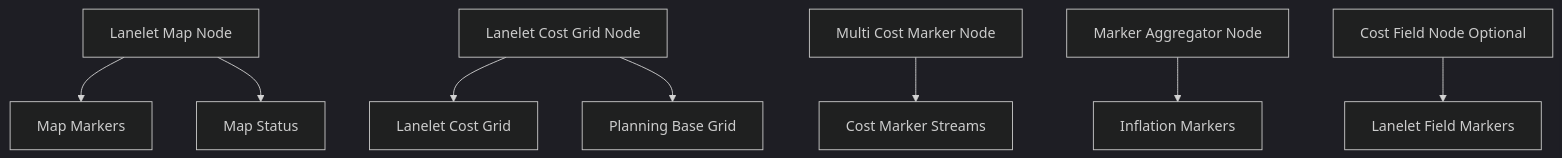
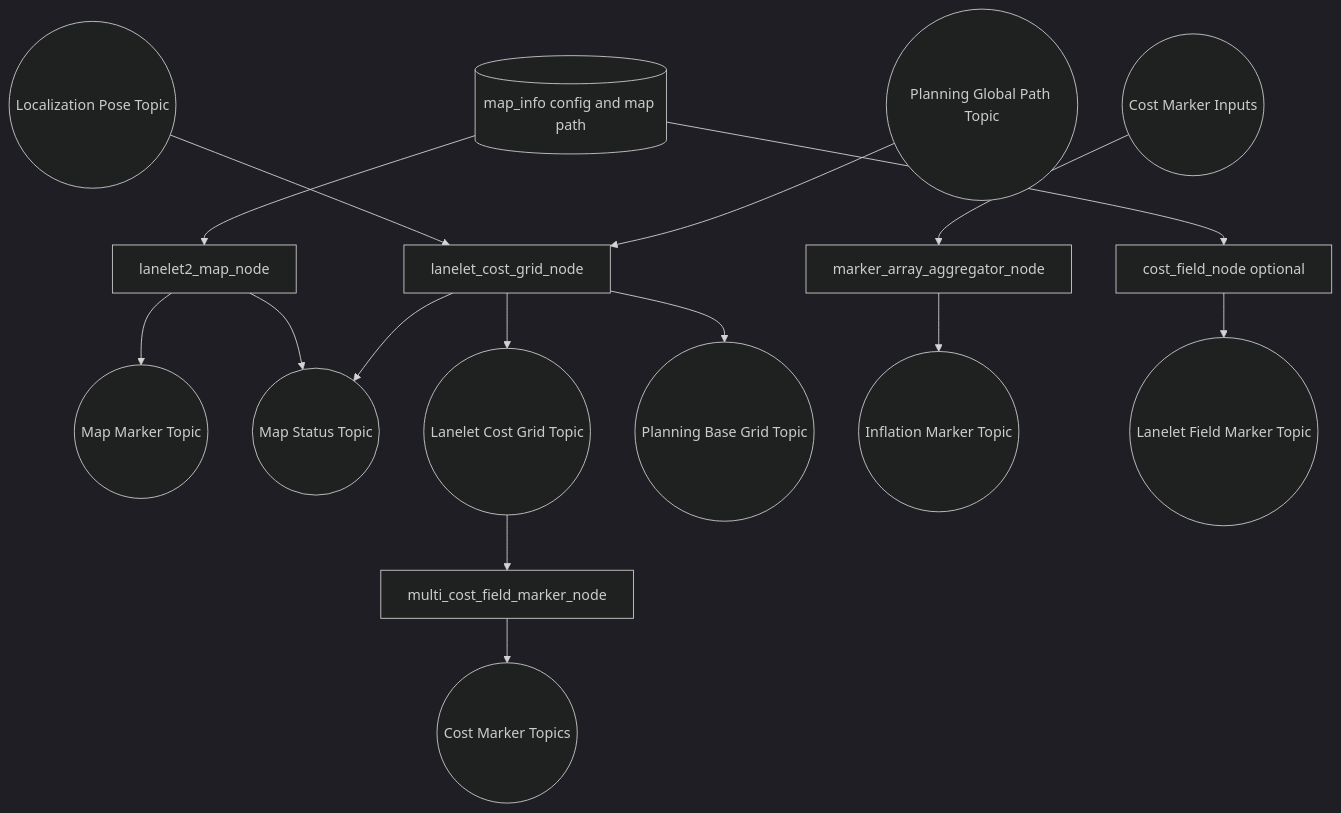
Before and after one commit to hwanhonglee/CAMROD: the first of 2 diagrams in camrod_map/README.md, drawn with Mermaid (dark theme). The commit also changed other lines of this file and 13 other files, not shown here.

Commit message:
docs(readme): clarify diagram semantics and avg_msgs interface-only role

````diff
--- a/camrod_map/README.md
+++ b/camrod_map/README.md
@@ -7,10 +7,21 @@
 ```mermaid
 graph TD
-  MAPNODE[Lanelet Map Node] --> MARKERS[Map Markers]
-  MAPNODE --> STATUS[Map Status]
-  GRID[Lanelet Cost Grid Node] --> BASEGRID[Lanelet Cost Grid]
-  GRID --> PLANBASE[Planning Base Grid]
-  MULTI[Multi Cost Marker Node] --> COSTMARK[Cost Marker Streams]
-  AGGR[Marker Aggregator Node] --> INFLATE[Inflation Markers]
-  FIELD[Cost Field Node Optional] --> FIELDMARK[Lanelet Field Markers]
+  MAPREF[(map_info config and map path)] --> MAPNODE[lanelet2_map_node]
+  MAPNODE --> MAPMARK((Map Marker Topic))
+  MAPNODE --> MAPSTAT((Map Status Topic))
+
+  LOCALPOSE((Localization Pose Topic)) --> GRID[lanelet_cost_grid_node]
+  GLOBALPATH((Planning Global Path Topic)) --> GRID
+  GRID --> BASEGRID((Lanelet Cost Grid Topic))
+  GRID --> PLANBASE((Planning Base Grid Topic))
+  GRID --> MAPSTAT
+
+  BASEGRID --> MULTI[multi_cost_field_marker_node]
+  MULTI --> COSTMARK((Cost Marker Topics))
+
+  COSTSRC((Cost Marker Inputs)) --> AGGR[marker_array_aggregator_node]
+  AGGR --> INFLATE((Inflation Marker Topic))
+
+  MAPREF --> FIELD[cost_field_node optional]
+  FIELD --> FIELDMARK((Lanelet Field Marker Topic))
 ```
````
